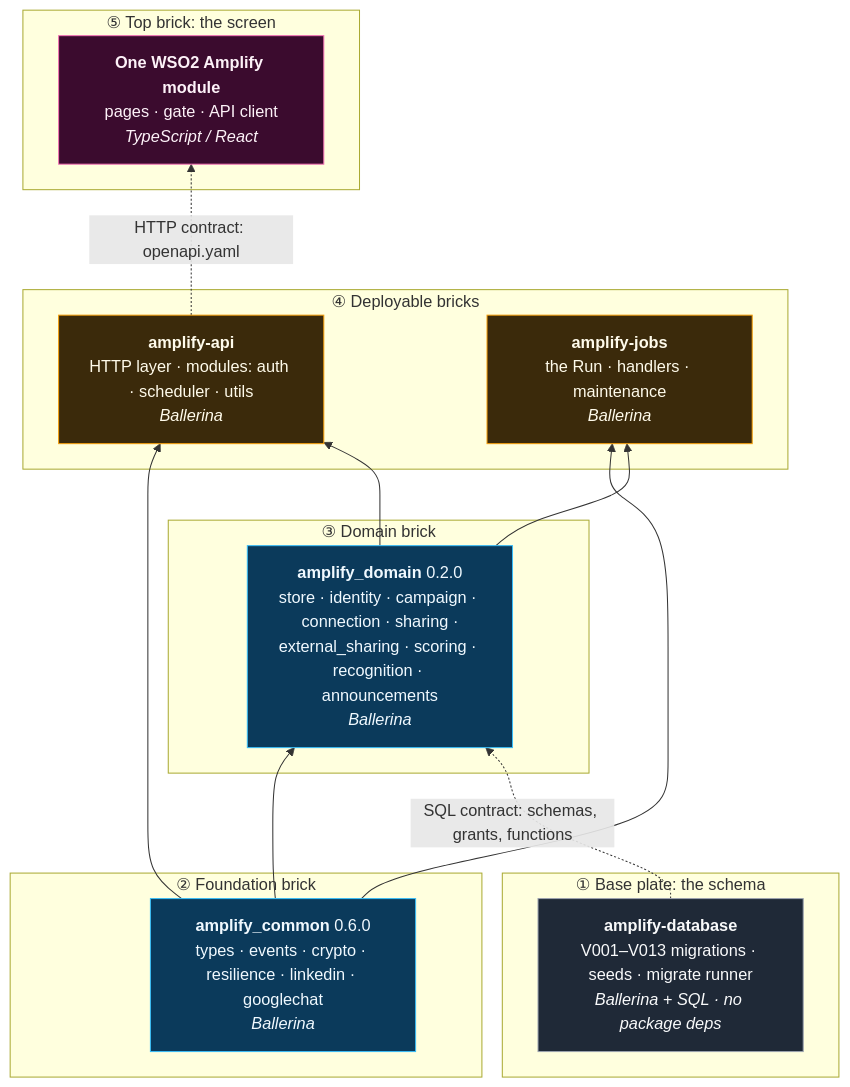
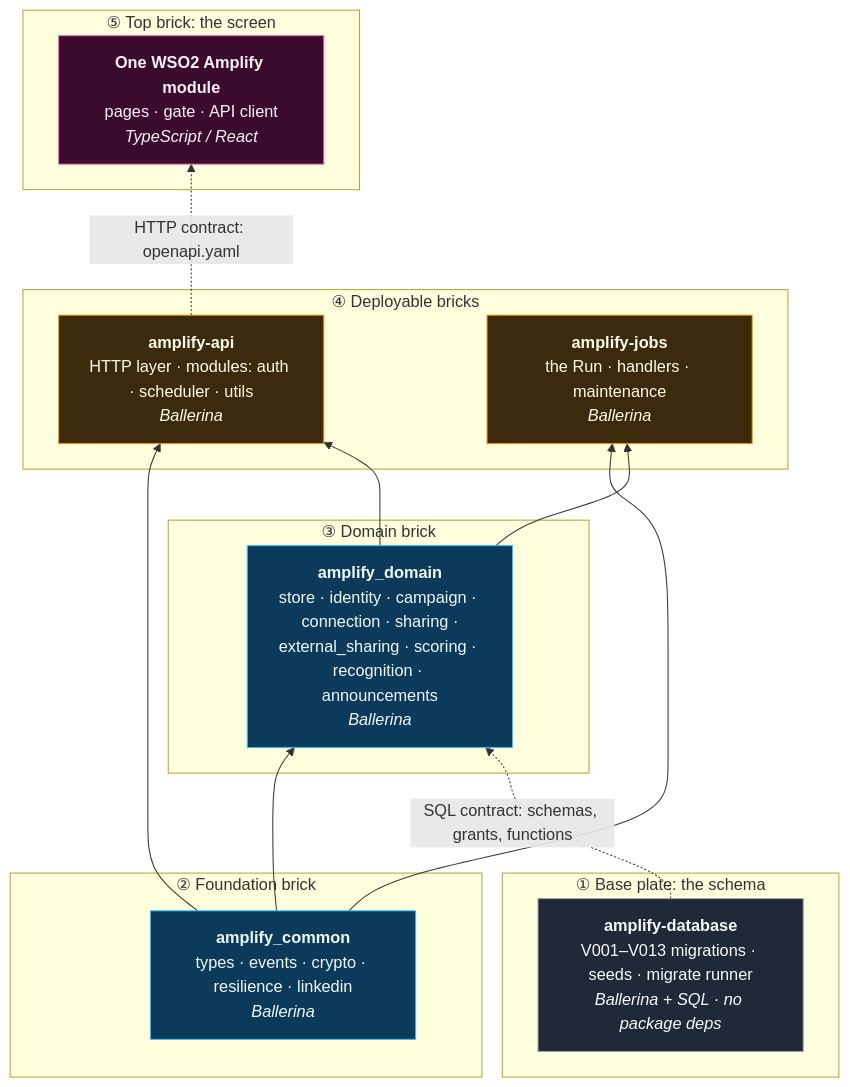
The first of 3 diagrams in apps/amplify/architecture/solution/Phase 1/phase1-code-modules.md (wso2-open-operations/marketing-tools), drawn with Mermaid before and after one commit. The commit also changed other lines of this file and 49 other files, not shown here.

````diff
--- a/apps/amplify/architecture/solution/Phase 1/phase1-code-modules.md
+++ b/apps/amplify/architecture/solution/Phase 1/phase1-code-modules.md
@@ -33,36 +33,36 @@
 ```mermaid
 flowchart BT
     subgraph L0["① Base plate: the schema"]
         DB["<b>amplify-database</b><br/>V001–V013 migrations · seeds · migrate runner<br/><i>Ballerina + SQL · no package deps</i>"]
     end
     subgraph L1["② Foundation brick"]
-        COMMON["<b>amplify_common</b> 0.6.0<br/>types · events · crypto · resilience · linkedin · googlechat<br/><i>Ballerina</i>"]
+        COMMON["<b>amplify_common</b><br/>types · events · crypto · resilience · linkedin<br/><i>Ballerina</i>"]
     end
     subgraph L2["③ Domain brick"]
-        DOMAIN["<b>amplify_domain</b> 0.2.0<br/>store · identity · campaign · connection · sharing ·<br/>external_sharing · scoring · recognition · announcements<br/><i>Ballerina</i>"]
+        DOMAIN["<b>amplify_domain</b><br/>store · identity · campaign · connection · sharing ·<br/>external_sharing · scoring · recognition · announcements<br/><i>Ballerina</i>"]
     end
     subgraph L3["④ Deployable bricks"]
         API["<b>amplify-api</b><br/>HTTP layer · modules: auth · scheduler · utils<br/><i>Ballerina</i>"]
         JOBS["<b>amplify-jobs</b><br/>the Run · handlers · maintenance<br/><i>Ballerina</i>"]
     end
     subgraph L4["⑤ Top brick: the screen"]
         UI["<b>One WSO2 Amplify module</b><br/>pages · gate · API client<br/><i>TypeScript / React</i>"]
     end
 
     COMMON --> DOMAIN
     COMMON --> API
     COMMON --> JOBS
     DOMAIN --> API
     DOMAIN --> JOBS
     DB -.->|"SQL contract: schemas, grants, functions"| DOMAIN
     API -.->|"HTTP contract: openapi.yaml"| UI
 
     classDef base fill:#1f2937,stroke:#9ca3af,color:#f9fafb
     classDef lib fill:#0b3a5b,stroke:#38bdf8,color:#f0f9ff
     classDef app fill:#3b2a0b,stroke:#f59e0b,color:#fffbeb
     classDef ui fill:#3b0b2e,stroke:#f472b6,color:#fdf2f8
     class DB base
     class COMMON,DOMAIN lib
     class API,JOBS app
     class UI ui
 ```
````
